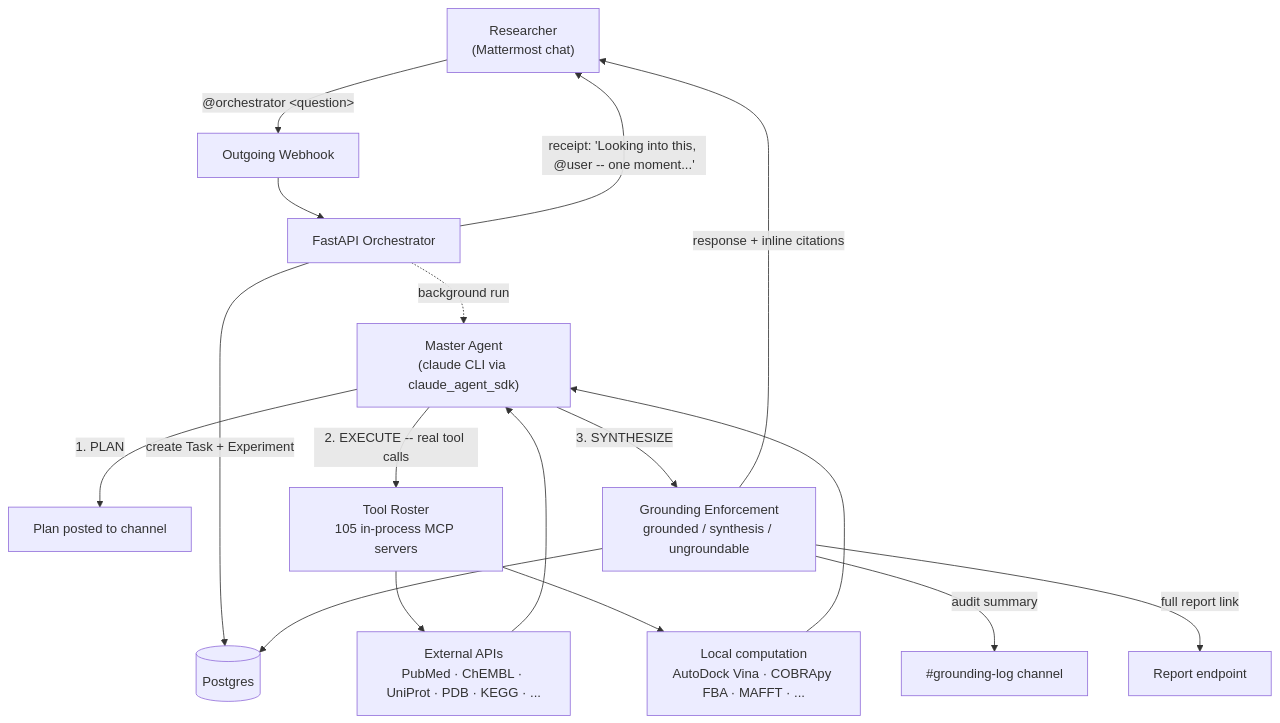
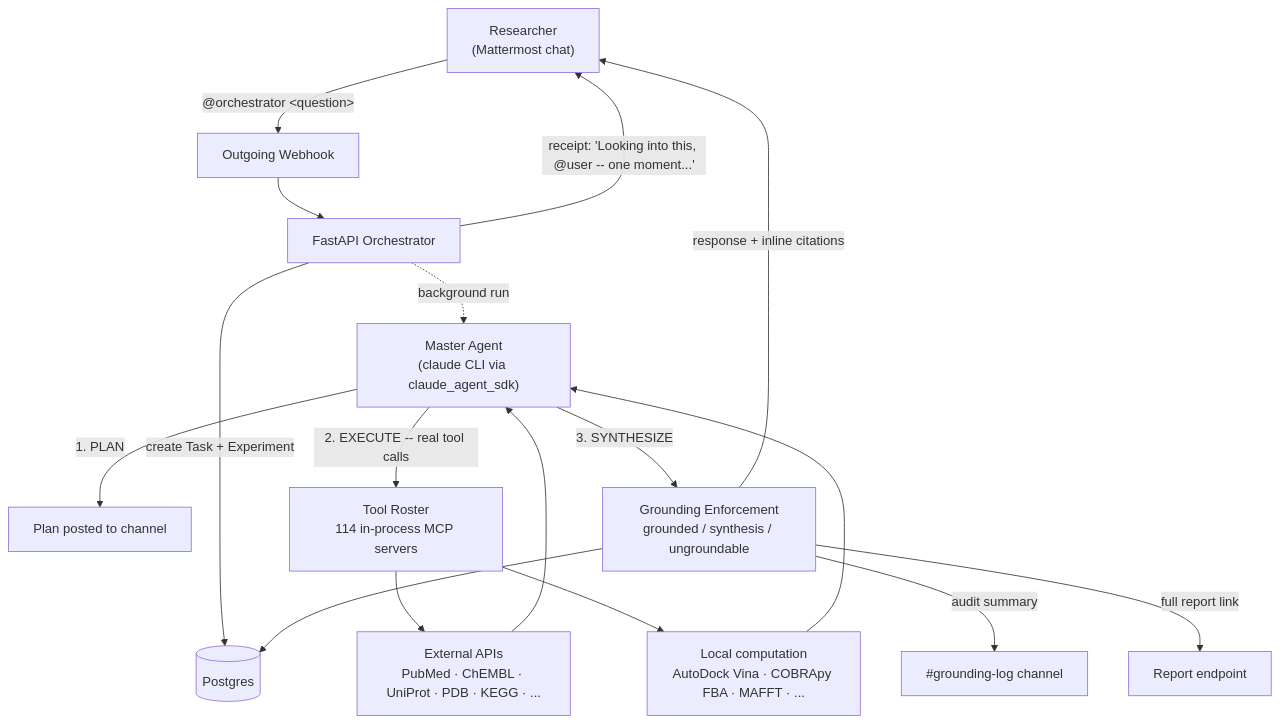
One commit to RohanV01/AI-BioScientist changed the diagram in README.md. Above: the diagram before and after it, drawn with Mermaid. The commit also changed other lines of this file and 37 other files, not shown here.

````diff
--- a/README.md
+++ b/README.md
@@ -15,22 +15,22 @@
 ```mermaid
 flowchart TB
     U["Researcher<br/>(Mattermost chat)"] -->|"@orchestrator &lt;question&gt;"| W["Outgoing Webhook"]
     W --> O["FastAPI Orchestrator"]
     O -->|"create Task + Experiment"| DB[("Postgres")]
     O -->|"receipt: 'Looking into this, @user -- one moment...'"| U
 
     O -.->|"background run"| A["Master Agent<br/>(claude CLI via claude_agent_sdk)"]
     A -->|"1. PLAN"| PL["Plan posted to channel"]
-    A -->|"2. EXECUTE -- real tool calls"| T["Tool Roster<br/>105 in-process MCP servers"]
+    A -->|"2. EXECUTE -- real tool calls"| T["Tool Roster<br/>114 in-process MCP servers"]
 
     T --> EXT["External APIs<br/>PubMed · ChEMBL · UniProt · PDB · KEGG · ..."]
     T --> LOC["Local computation<br/>AutoDock Vina · COBRApy FBA · MAFFT · ..."]
     EXT --> A
     LOC --> A
 
     A -->|"3. SYNTHESIZE"| G["Grounding Enforcement<br/>grounded / synthesis / ungroundable"]
     G --> DB
     G -->|"response + inline citations"| U
     G -->|"audit summary"| GL["#grounding-log channel"]
     G -->|"full report link"| R["Report endpoint"]
 ```
````
